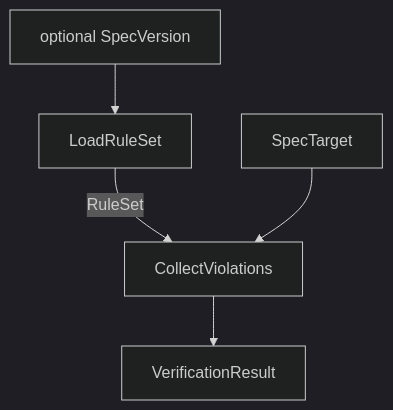
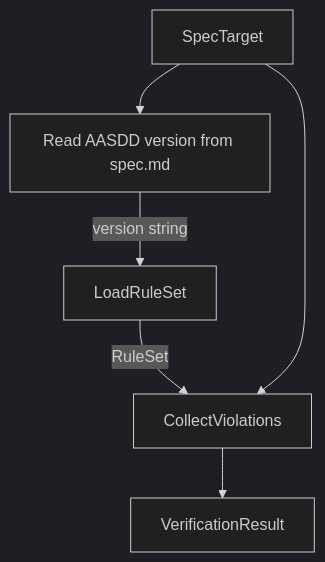
The diagram in spec/abilities/verify/ability.md (smithyai/aasdd-cli), drawn with Mermaid (dark theme) before and after one commit. The commit also changed other lines of this file and 42 other files, not shown here.

````diff
--- a/spec/abilities/verify/ability.md
+++ b/spec/abilities/verify/ability.md
@@ -32,9 +37,10 @@
 ```mermaid
 graph TD
-    SV["optional SpecVersion"] --> LRS["LoadRuleSet"]
+    ST["SpecTarget"] --> RV["Read AASDD version from spec.md"]
+    RV -->|"version string"| LRS["LoadRuleSet"]
     LRS -->|"RuleSet"| CV["CollectViolations"]
-    ST["SpecTarget"] --> CV
+    ST --> CV
     CV --> VR["VerificationResult"]
     click LRS "load-rule-set/"
     click CV "collect-violations/"
 ```
````
